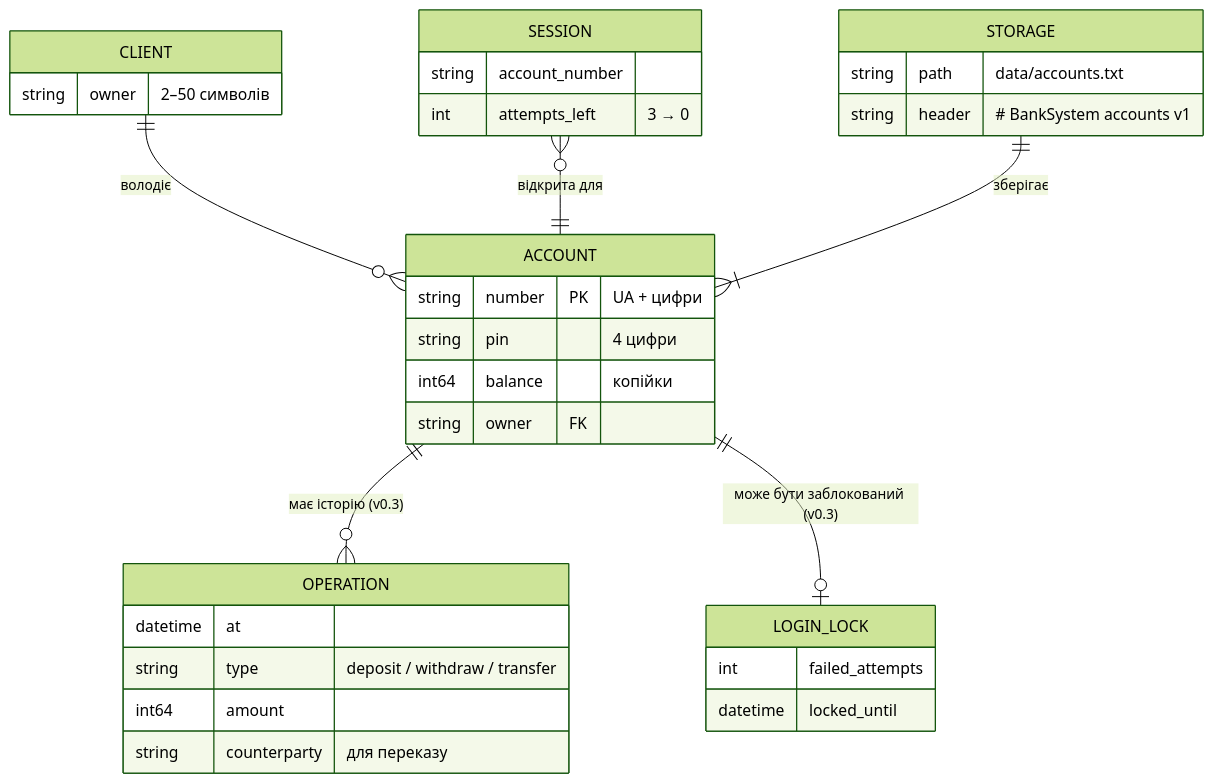
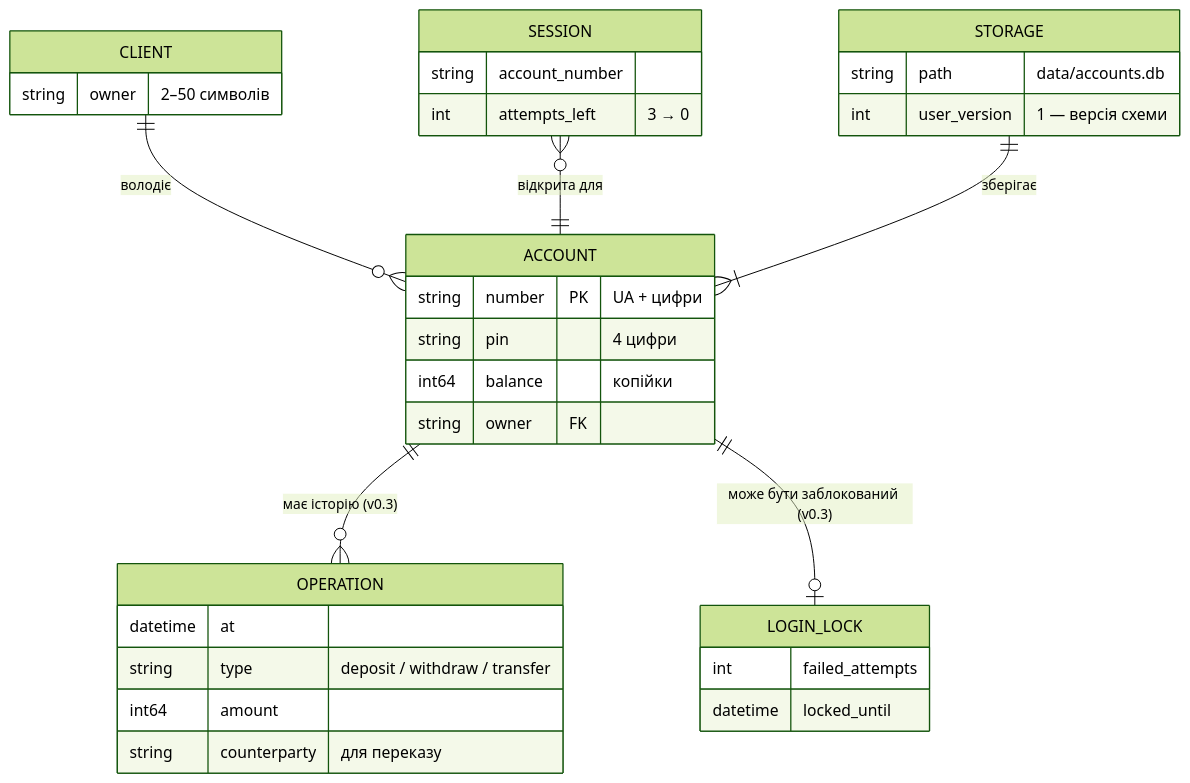
Before and after one commit to dyrikos/product-banksystem: the diagram in 3-implementation/data-model.md, drawn with Mermaid (forest theme). The commit also changed other lines of this file and 38 other files, not shown here.

````diff
--- a/3-implementation/data-model.md
+++ b/3-implementation/data-model.md
@@ -7,35 +7,35 @@
 ```mermaid
 erDiagram
     CLIENT ||--o{ ACCOUNT : "володіє"
     ACCOUNT ||--o{ OPERATION : "має історію (v0.3)"
     ACCOUNT ||--o| LOGIN_LOCK : "може бути заблокований (v0.3)"
     SESSION }o--|| ACCOUNT : "відкрита для"
     STORAGE ||--|{ ACCOUNT : "зберігає"
     CLIENT {
         string owner "2–50 символів"
     }
     ACCOUNT {
         string number PK "UA + цифри"
         string pin "4 цифри"
         int64 balance "копійки"
         string owner FK
     }
     OPERATION {
         datetime at
         string type "deposit / withdraw / transfer"
         int64 amount
         string counterparty "для переказу"
     }
     LOGIN_LOCK {
         int failed_attempts
         datetime locked_until
     }
     SESSION {
         string account_number
         int attempts_left "3 → 0"
     }
     STORAGE {
-        string path "data/accounts.txt"
-        string header "# BankSystem accounts v1"
+        string path "data/accounts.db"
+        int user_version "1 — версія схеми"
     }
 ```
````
